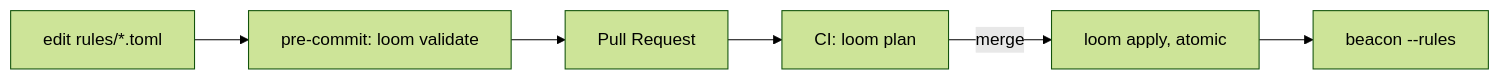
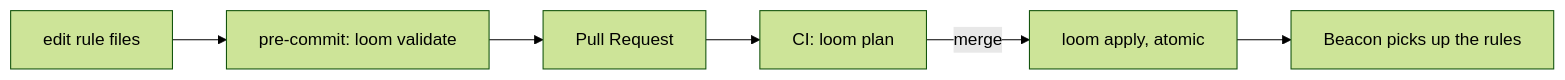
The diagram in src/content/docs/components/loom.md (andrealaforgia/kaleidoscope-site), drawn with Mermaid (forest theme) before and after one commit. The commit also changed other lines of this file and 23 other files, not shown here.

````diff
--- a/src/content/docs/components/loom.md
+++ b/src/content/docs/components/loom.md
@@ -24,8 +24,8 @@
 ```mermaid
 flowchart LR
- A[edit rules/*.toml] --> V[pre-commit: loom validate]
- V --> P[Pull Request]
- P --> C[CI: loom plan]
- C -->|merge| Y[loom apply, atomic]
- Y --> B[beacon --rules]
+    A[edit rule files] --> V[pre-commit: loom validate]
+    V --> P[Pull Request]
+    P --> C[CI: loom plan]
+    C -->|merge| Y[loom apply, atomic]
+    Y --> B[Beacon picks up the rules]
 ```
````
